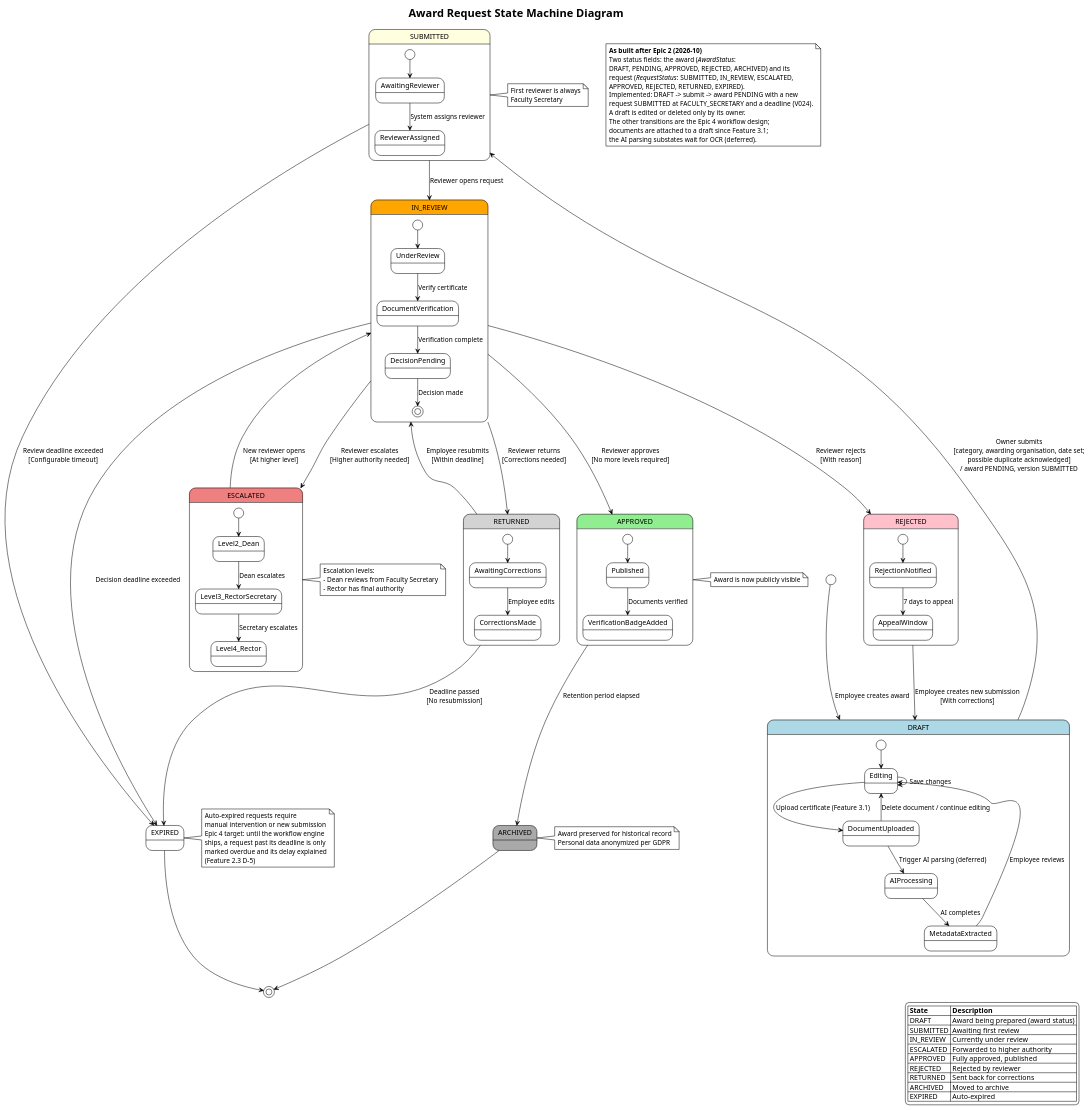
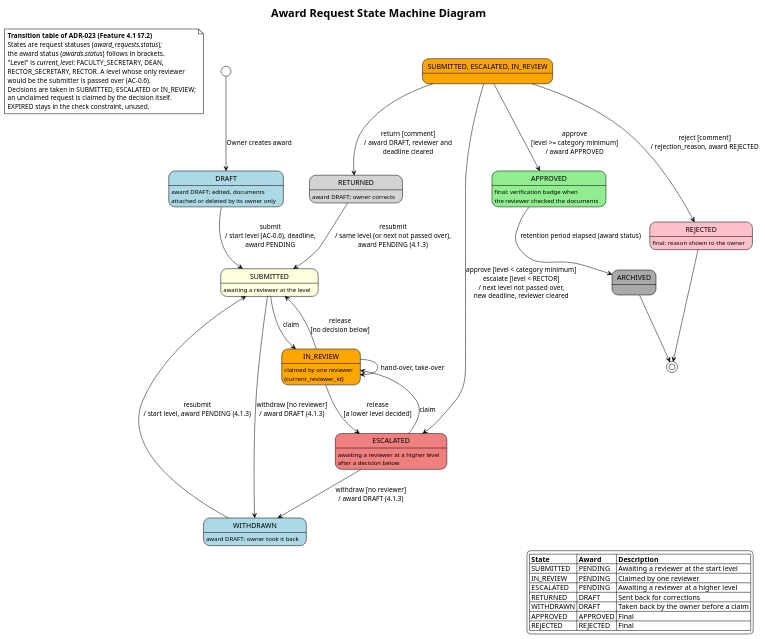
Before and after one commit to StKostyk/award-monitoring-system: the diagram in docs/diagrams/uml/state-machine-award-request.puml, drawn with PlantUML. The commit also changed 41 other files, not shown here.

First line of the commit message:
feat(award): add the decision dialog and decision results to the review panel

```diff
--- a/docs/diagrams/uml/state-machine-award-request.puml
+++ b/docs/diagrams/uml/state-machine-award-request.puml
@@ -1,148 +1,77 @@
 @startuml StateMachine_Award_Request
 !theme plain
 skinparam state {
     BackgroundColor<<draft>> LightBlue
     BackgroundColor<<pending>> LightYellow
     BackgroundColor<<review>> Orange
     BackgroundColor<<escalated>> LightCoral
     BackgroundColor<<approved>> LightGreen
     BackgroundColor<<rejected>> Pink
     BackgroundColor<<returned>> LightGray
     BackgroundColor<<archived>> DarkGray
 }
 
 title Award Request State Machine Diagram
 
 note as AsBuilt
-    <b>As built after Epic 2 (2026-10)</b>
-    Two status fields: the award (<i>AwardStatus</i>:
-    DRAFT, PENDING, APPROVED, REJECTED, ARCHIVED) and its
-    request (<i>RequestStatus</i>: SUBMITTED, IN_REVIEW, ESCALATED,
-    APPROVED, REJECTED, RETURNED, EXPIRED).
-    Implemented: DRAFT -> submit -> award PENDING with a new
-    request SUBMITTED at FACULTY_SECRETARY and a deadline (V024).
-    A draft is edited or deleted only by its owner.
-    The other transitions are the Epic 4 workflow design;
-    documents are attached to a draft since Feature 3.1;
-    the AI parsing substates wait for OCR (deferred).
+    <b>Transition table of ADR-023 (Feature 4.1 §7.2)</b>
+    States are request statuses (<i>award_requests.status</i>);
+    the award status (<i>awards.status</i>) follows in brackets.
+    "Level" is <i>current_level</i>: FACULTY_SECRETARY, DEAN,
+    RECTOR_SECRETARY, RECTOR. A level whose only reviewer
+    would be the submitter is passed over (AC-0.6).
+    Decisions are taken in SUBMITTED, ESCALATED or IN_REVIEW;
+    an unclaimed request is claimed by the decision itself.
+    EXPIRED stays in the check constraint, unused.
 end note
 
-[*] --> DRAFT <<draft>> : Employee creates award
+[*] --> DRAFT <<draft>> : Owner creates award
 
-state DRAFT <<draft>> {
-    [*] --> Editing
-    Editing --> Editing : Save changes
-    Editing --> DocumentUploaded : Upload certificate (Feature 3.1)
-    DocumentUploaded --> Editing : Delete document / continue editing
-    DocumentUploaded --> AIProcessing : Trigger AI parsing (deferred)
-    AIProcessing --> MetadataExtracted : AI completes
-    MetadataExtracted --> Editing : Employee reviews
-}
+state DRAFT <<draft>> : award DRAFT; edited, documents\nattached or deleted by its owner only
 
-DRAFT --> SUBMITTED <<pending>> : Owner submits\n[category, awarding organisation, date set;\npossible duplicate acknowledged]\n/ award PENDING, version SUBMITTED
+DRAFT --> SUBMITTED <<pending>> : submit\n/ start level (AC-0.6), deadline,\naward PENDING
 
-state SUBMITTED <<pending>> {
-    [*] --> AwaitingReviewer
-    AwaitingReviewer --> ReviewerAssigned : System assigns reviewer
-}
+state SUBMITTED <<pending>> : awaiting a reviewer at the level
+state ESCALATED <<escalated>> : awaiting a reviewer at a higher level\nafter a decision below
+state IN_REVIEW <<review>> : claimed by one reviewer\n(current_reviewer_id)
 
-note right of SUBMITTED
-    First reviewer is always
-    Faculty Secretary
-end note
+SUBMITTED --> IN_REVIEW : claim
+ESCALATED --> IN_REVIEW : claim
+IN_REVIEW --> SUBMITTED : release\n[no decision below]
+IN_REVIEW --> ESCALATED : release\n[a lower level decided]
+IN_REVIEW --> IN_REVIEW : hand-over, take-over
 
-SUBMITTED --> IN_REVIEW <<review>> : Reviewer opens request
+state "SUBMITTED, ESCALATED, IN_REVIEW" as Open <<review>>
+Open --> APPROVED <<approved>> : approve\n[level >= category minimum]\n/ award APPROVED
+Open --> ESCALATED : approve [level < category minimum]\nescalate [level < RECTOR]\n/ next level not passed over,\nnew deadline, reviewer cleared
+Open --> RETURNED <<returned>> : return [comment]\n/ award DRAFT, reviewer and\ndeadline cleared
+Open --> REJECTED <<rejected>> : reject [comment]\n/ rejection_reason, award REJECTED
 
-state IN_REVIEW <<review>> {
-    [*] --> UnderReview
-    UnderReview --> DocumentVerification : Verify certificate
-    DocumentVerification --> DecisionPending : Verification complete
-    DecisionPending --> [*] : Decision made
-}
+SUBMITTED --> WITHDRAWN : withdraw [no reviewer]\n/ award DRAFT (4.1.3)
+ESCALATED --> WITHDRAWN : withdraw [no reviewer]\n/ award DRAFT (4.1.3)
 
-IN_REVIEW --> APPROVED <<approved>> : Reviewer approves\n[No more levels required]
-IN_REVIEW --> REJECTED <<rejected>> : Reviewer rejects\n[With reason]
-IN_REVIEW --> ESCALATED <<escalated>> : Reviewer escalates\n[Higher authority needed]
-IN_REVIEW --> RETURNED <<returned>> : Reviewer returns\n[Corrections needed]
+state RETURNED <<returned>> : award DRAFT; owner corrects
+state WITHDRAWN <<draft>> : award DRAFT; owner took it back
 
-state ESCALATED <<escalated>> {
-    [*] --> Level2_Dean
-    Level2_Dean --> Level3_RectorSecretary : Dean escalates
-    Level3_RectorSecretary --> Level4_Rector : Secretary escalates
-}
+RETURNED --> SUBMITTED : resubmit\n/ same level (or next not passed over),\naward PENDING (4.1.3)
+WITHDRAWN --> SUBMITTED : resubmit\n/ start level, award PENDING (4.1.3)
 
-note right of ESCALATED
-    Escalation levels:
-    - Dean reviews from Faculty Secretary
-    - Rector has final authority
-end note
+state APPROVED <<approved>> : final; verification badge when\nthe reviewer checked the documents
+state REJECTED <<rejected>> : final; reason shown to the owner
 
-ESCALATED --> IN_REVIEW : New reviewer opens\n[At higher level]
-
-state RETURNED <<returned>> {
-    [*] --> AwaitingCorrections
-    AwaitingCorrections --> CorrectionsMade : Employee edits
-}
-
-RETURNED --> IN_REVIEW : Employee resubmits\n[Within deadline]
-RETURNED --> EXPIRED : Deadline passed\n[No resubmission]
-
-state REJECTED <<rejected>> {
-    [*] --> RejectionNotified
-    RejectionNotified --> AppealWindow : 7 days to appeal
-}
-
-REJECTED --> DRAFT : Employee creates new submission\n[With corrections]
-
-state APPROVED <<approved>> {
-    [*] --> Published
-    Published --> VerificationBadgeAdded : Documents verified
-}
-
-note right of APPROVED
-    Award is now publicly visible
-end note
-
-APPROVED --> ARCHIVED <<archived>> : Retention period elapsed
-
-state ARCHIVED <<archived>>
-
-note right of ARCHIVED
-    Award preserved for historical record
-    Personal data anonymized per GDPR
-end note
-
+APPROVED --> ARCHIVED <<archived>> : retention period elapsed (award status)
+REJECTED --> [*]
 ARCHIVED --> [*]
 
-' Timeout transitions
-SUBMITTED --> EXPIRED : Review deadline exceeded\n[Configurable timeout]
-IN_REVIEW --> EXPIRED : Decision deadline exceeded
-
-state EXPIRED
-
-note right of EXPIRED
-    Auto-expired requests require
-    manual intervention or new submission
-    Epic 4 target: until the workflow engine
-    ships, a request past its deadline is only
-    marked overdue and its delay explained
-    (Feature 2.3 D-5)
-end note
-
-EXPIRED --> [*]
-
-' Legend
 legend right
-    |= State |= Description |
-    | DRAFT | Award being prepared (award status) |
-    | SUBMITTED | Awaiting first review |
-    | IN_REVIEW | Currently under review |
-    | ESCALATED | Forwarded to higher authority |
-    | APPROVED | Fully approved, published |
-    | REJECTED | Rejected by reviewer |
-    | RETURNED | Sent back for corrections |
-    | ARCHIVED | Moved to archive |
-    | EXPIRED | Auto-expired |
+    |= State |= Award |= Description |
+    | SUBMITTED | PENDING | Awaiting a reviewer at the start level |
+    | IN_REVIEW | PENDING | Claimed by one reviewer |
+    | ESCALATED | PENDING | Awaiting a reviewer at a higher level |
+    | RETURNED | DRAFT | Sent back for corrections |
+    | WITHDRAWN | DRAFT | Taken back by the owner before a claim |
+    | APPROVED | APPROVED | Final |
+    | REJECTED | REJECTED | Final |
 endlegend
 
 @enduml
```
